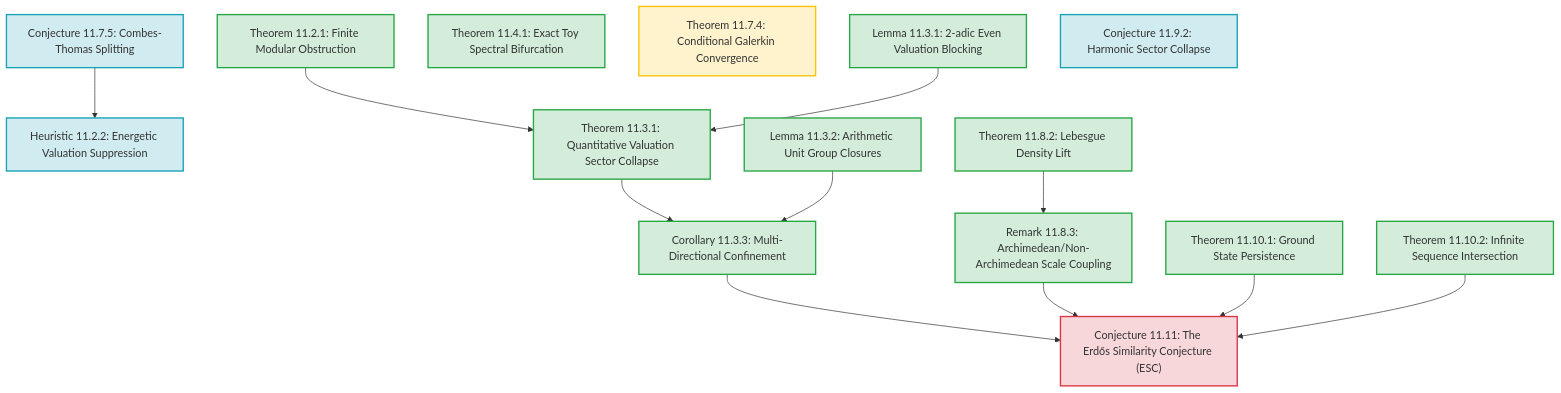
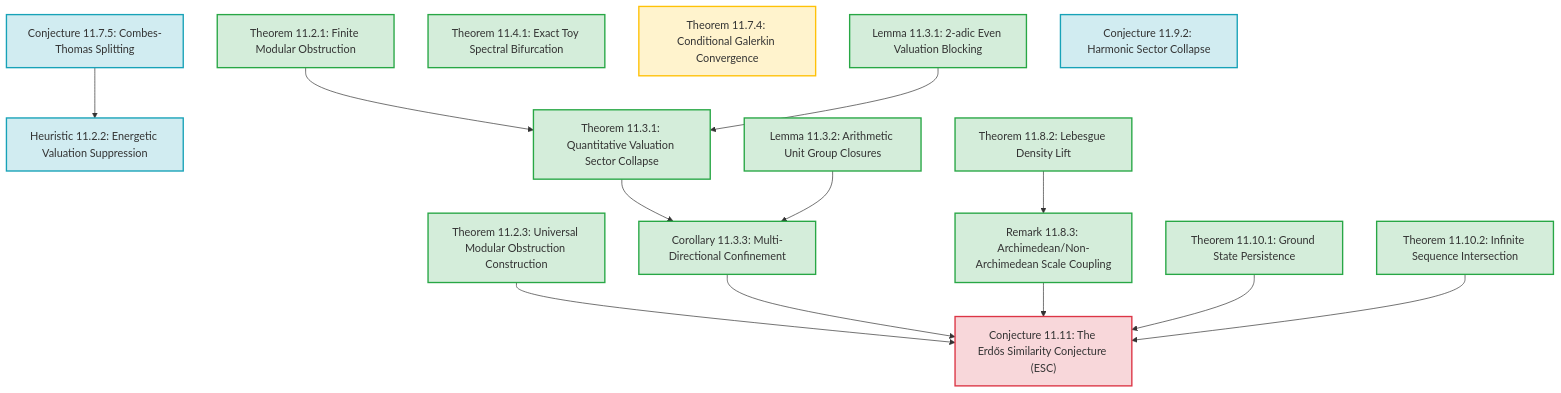
The diagram in docs/monograph/11_erdos_similarity_adelic.md (sneed-and-feed/adelic-spectral-zeta), drawn with Mermaid before and after one commit. The commit also changed other lines of this file, not shown here.

Commit message:
monograph: add and prove Theorem 11.2.3 (Universal Modular Obstruction Construction)

````diff
--- a/docs/monograph/11_erdos_similarity_adelic.md
+++ b/docs/monograph/11_erdos_similarity_adelic.md
@@ -41,34 +42,36 @@
 ```mermaid
 graph TD
     classDef proved fill:#d4edda,stroke:#28a745,stroke-width:2px;
     classDef conditional fill:#fff3cd,stroke:#ffc107,stroke-width:2px;
     classDef numerical fill:#d1ecf1,stroke:#17a2b8,stroke-width:2px;
     classDef conjectural fill:#f8d7da,stroke:#dc3545,stroke-width:2px;
 
     T1121["Theorem 11.2.1: Finite Modular Obstruction"]:::proved
     H1122["Heuristic 11.2.2: Energetic Valuation Suppression"]:::numerical
+    T1123["Theorem 11.2.3: Universal Modular Obstruction Construction"]:::proved
     L1131["Lemma 11.3.1: 2-adic Even Valuation Blocking"]:::proved
     T1131["Theorem 11.3.1: Quantitative Valuation Sector Collapse"]:::proved
     L1132["Lemma 11.3.2: Arithmetic Unit Group Closures"]:::proved
     C1133["Corollary 11.3.3: Multi-Directional Confinement"]:::proved
     T1141["Theorem 11.4.1: Exact Toy Spectral Bifurcation"]:::proved
     T1174["Theorem 11.7.4: Conditional Galerkin Convergence"]:::conditional
     CT1175["Conjecture 11.7.5: Combes-Thomas Splitting"]:::numerical
     T1182["Theorem 11.8.2: Lebesgue Density Lift"]:::proved
     R1183["Remark 11.8.3: Archimedean/Non-Archimedean Scale Coupling"]:::proved
     H1192["Conjecture 11.9.2: Harmonic Sector Collapse"]:::numerical
     T11101["Theorem 11.10.1: Ground State Persistence"]:::proved
     T11102["Theorem 11.10.2: Infinite Sequence Intersection"]:::proved
     ESC["Conjecture 11.11: The Erdős Similarity Conjecture (ESC)"]:::conjectural
 
     T1121 --> T1131
     L1131 --> T1131
     T1131 --> C1133
     L1132 --> C1133
     CT1175 --> H1122
     T1182 --> R1183
+    T1123 --> ESC
     C1133 --> ESC
     R1183 --> ESC
     T11101 --> ESC
     T11102 --> ESC
 ```
````
